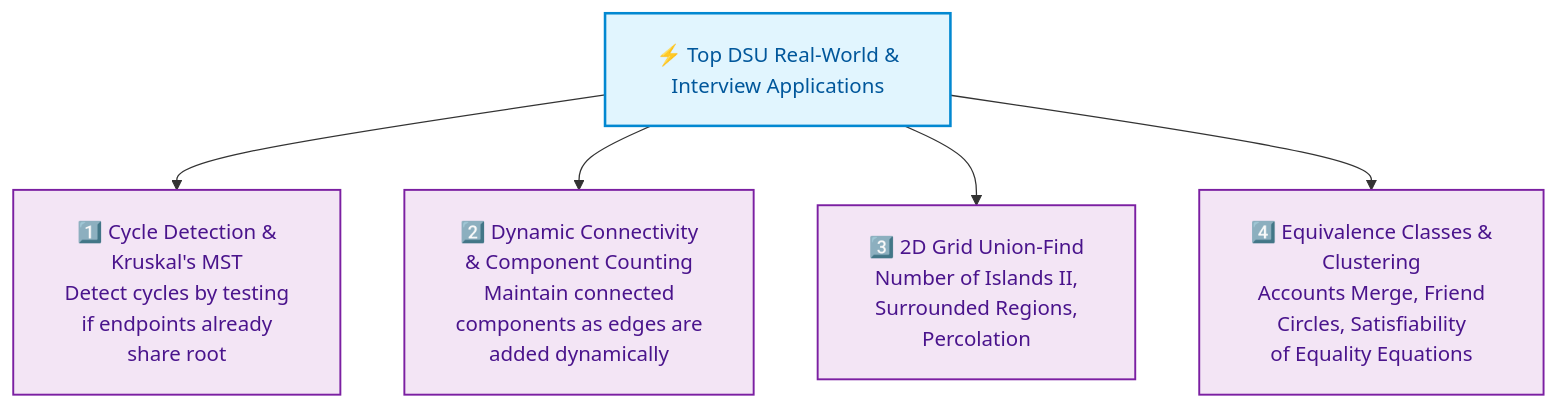
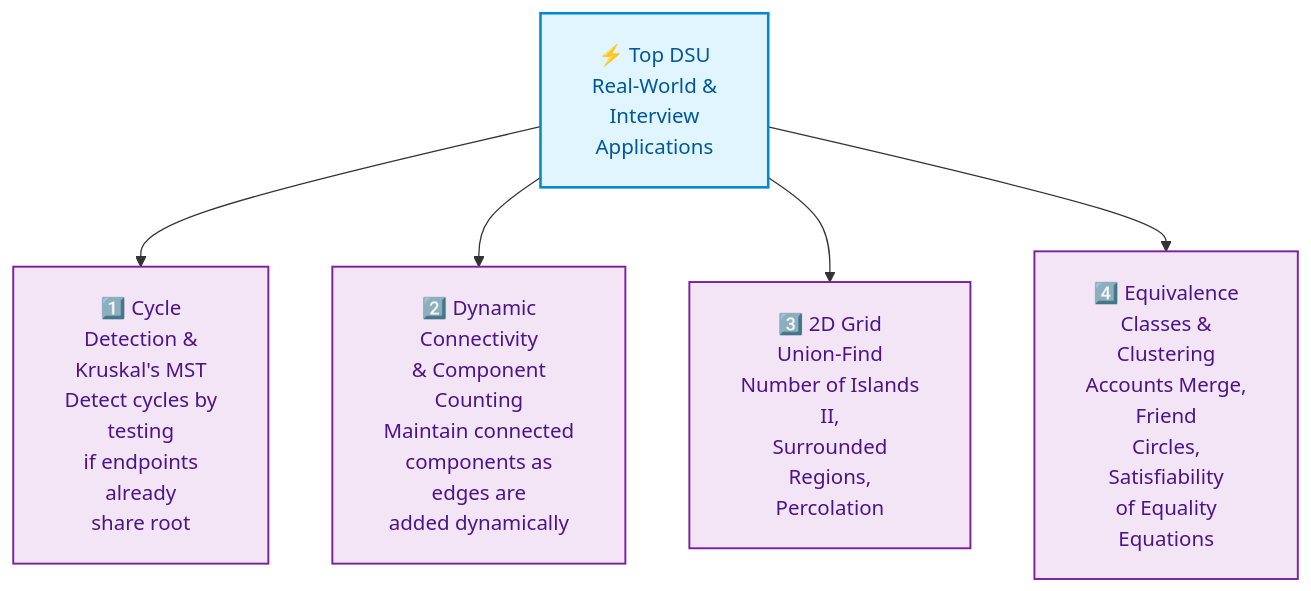
Before and after one commit to dip4k/DSA_102: diagram 15 of 15 in week_09_graph_algorithms_i/Week_09_Visual_Concepts_Playbook_HYBRID.md, drawn with Mermaid. The commit also changed other lines of this file and 106 other files, not shown here.

First line of the commit message:
fix(mermaid): prevent text clipping with foreignObject overflow and tighter line wrapping

````diff
--- a/week_09_graph_algorithms_i/Week_09_Visual_Concepts_Playbook_HYBRID.md
+++ b/week_09_graph_algorithms_i/Week_09_Visual_Concepts_Playbook_HYBRID.md
@@ -534,12 +534,12 @@
 ```mermaid
-%%{init: {"flowchart": {"htmlLabels": true, "padding": 20}}}%%
+%%{init: {"flowchart": {"htmlLabels": true, "padding": 20}, "themeCSS": "foreignObject { overflow: visible !important; }"}}%%
 flowchart TD
     classDef app fill:#e1f5fe,stroke:#0288d1,color:#01579b,stroke-width:2px;
     classDef use fill:#f3e5f5,stroke:#7b1fa2,color:#4a148c,stroke-width:1.5px;
 
-    D["⚡ Top DSU Real-World &<br/>Interview Applications"]:::app
-    D --> A1["1️⃣ Cycle Detection &<br/>Kruskal's MST<br/>Detect cycles by testing<br/>if endpoints already<br/>share root"]:::use
-    D --> A2["2️⃣ Dynamic Connectivity<br/>& Component Counting<br/>Maintain connected<br/>components as edges are<br/>added dynamically"]:::use
-    D --> A3["3️⃣ 2D Grid Union-Find<br/>Number of Islands II,<br/>Surrounded Regions,<br/>Percolation"]:::use
-    D --> A4["4️⃣ Equivalence Classes &<br/>Clustering<br/>Accounts Merge, Friend<br/>Circles, Satisfiability<br/>of Equality Equations"]:::use
+    D["⚡ Top DSU<br/>Real-World &<br/>Interview<br/>Applications"]:::app
+    D --> A1["1️⃣ Cycle<br/>Detection &<br/>Kruskal's MST<br/>Detect cycles by<br/>testing<br/>if endpoints<br/>already<br/>share root"]:::use
+    D --> A2["2️⃣ Dynamic<br/>Connectivity<br/>& Component<br/>Counting<br/>Maintain connected<br/>components as<br/>edges are<br/>added dynamically"]:::use
+    D --> A3["3️⃣ 2D Grid<br/>Union-Find<br/>Number of Islands<br/>II,<br/>Surrounded<br/>Regions,<br/>Percolation"]:::use
+    D --> A4["4️⃣ Equivalence<br/>Classes &<br/>Clustering<br/>Accounts Merge,<br/>Friend<br/>Circles,<br/>Satisfiability<br/>of Equality<br/>Equations"]:::use
 ```
````
